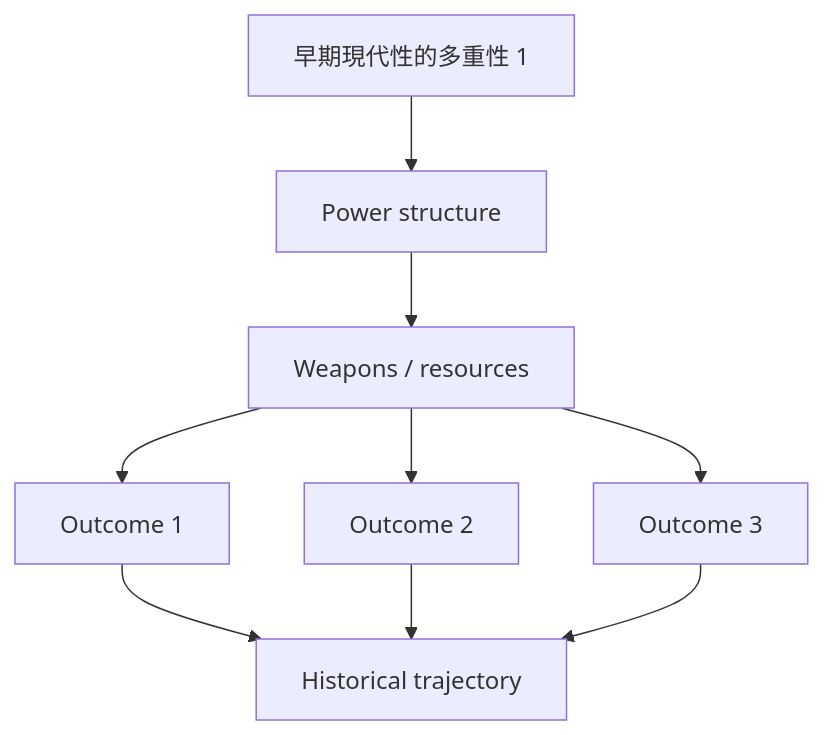
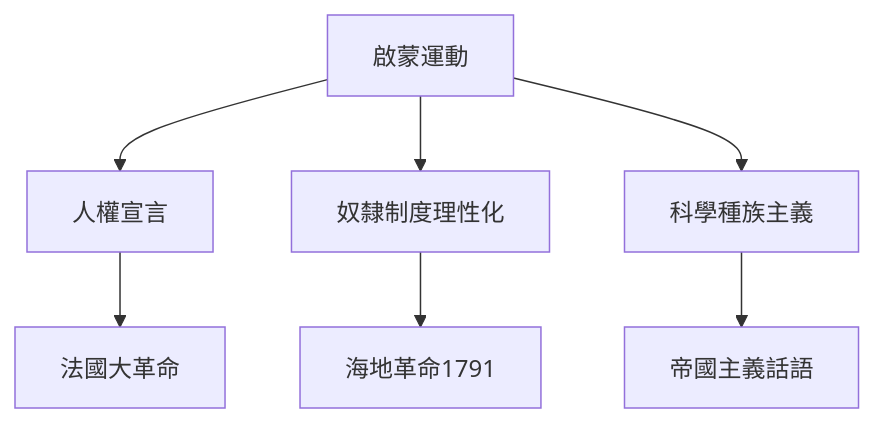
Before and after one commit to yip-lgtm/HKU-Harvard-History-Self-Study: the fifth of 10 diagrams in 02_Harvard_Courses/Fall_Courses/Hist55_Early_Modern_Europe.md, drawn with Mermaid. The commit also changed other lines of this file and 65 other files, not shown here.

````diff
--- a/02_Harvard_Courses/Fall_Courses/Hist55_Early_Modern_Europe.md
+++ b/02_Harvard_Courses/Fall_Courses/Hist55_Early_Modern_Europe.md
@@ -263,11 +192,9 @@
 ```mermaid
 graph TD
-    A[早期現代性的多重性 1] --> B[Power structure]
-    B --> C[Weapons / resources]
-    C --> D[Outcome 1]
-    C --> E[Outcome 2]
-    C --> F[Outcome 3]
-    D --> G[Historical trajectory]
-    E --> G
-    F --> G
+    A[啟蒙運動] --> B[人權宣言]
+    A --> C[奴隸制度理性化]
+    A --> D[科學種族主義]
+    B --> E[法國大革命]
+    C --> F[海地革命1791]
+    D --> G[帝國主義話語]
 ```
````
